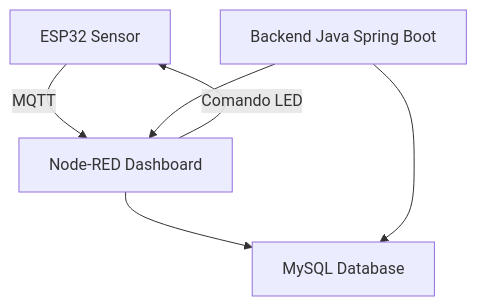
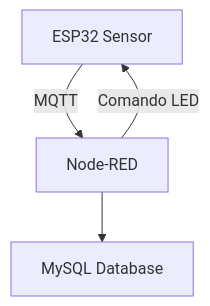
The second of 4 diagrams in README.md (giovannarevitoroz/sprint03-mottu-motion-iot), drawn with Mermaid before and after one commit. The commit also changed other lines of this file, not shown here.

````diff
--- a/README.md
+++ b/README.md
@@ -113,8 +113,6 @@
 ```mermaid
 graph TD
-    A[ESP32 Sensor] -->|MQTT| B[Node-RED Dashboard]
+    A[ESP32 Sensor] -->|MQTT| B[Node-RED]
     B --> C[MySQL Database]
     B -->|Comando LED| A
-    D[Backend Java Spring Boot] --> C
-    D --> B
 ```
````
